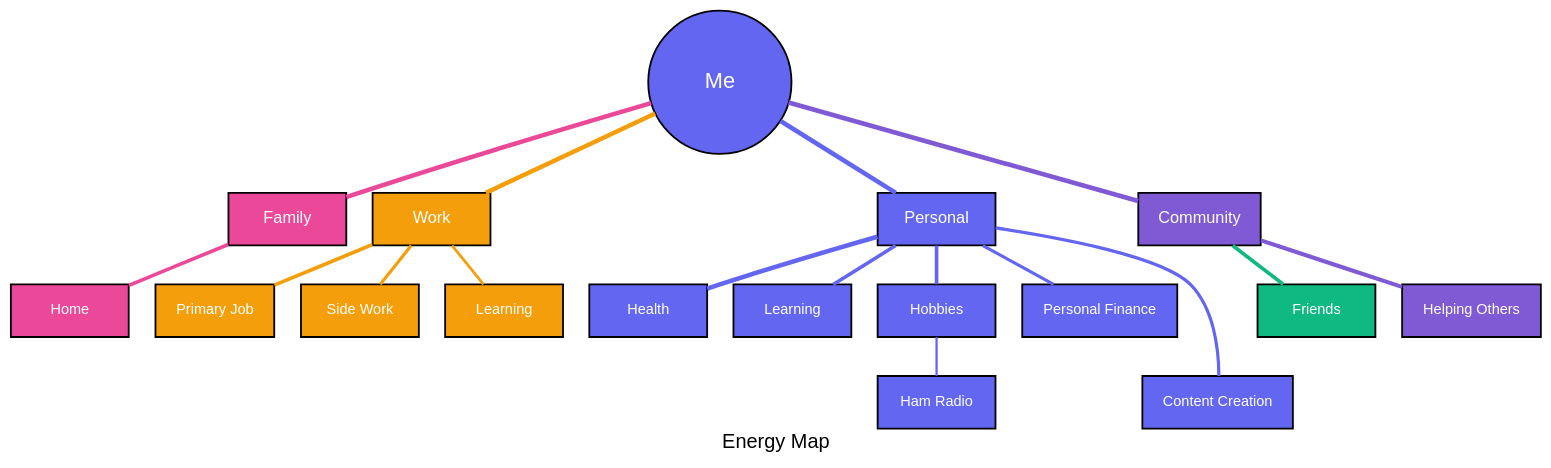
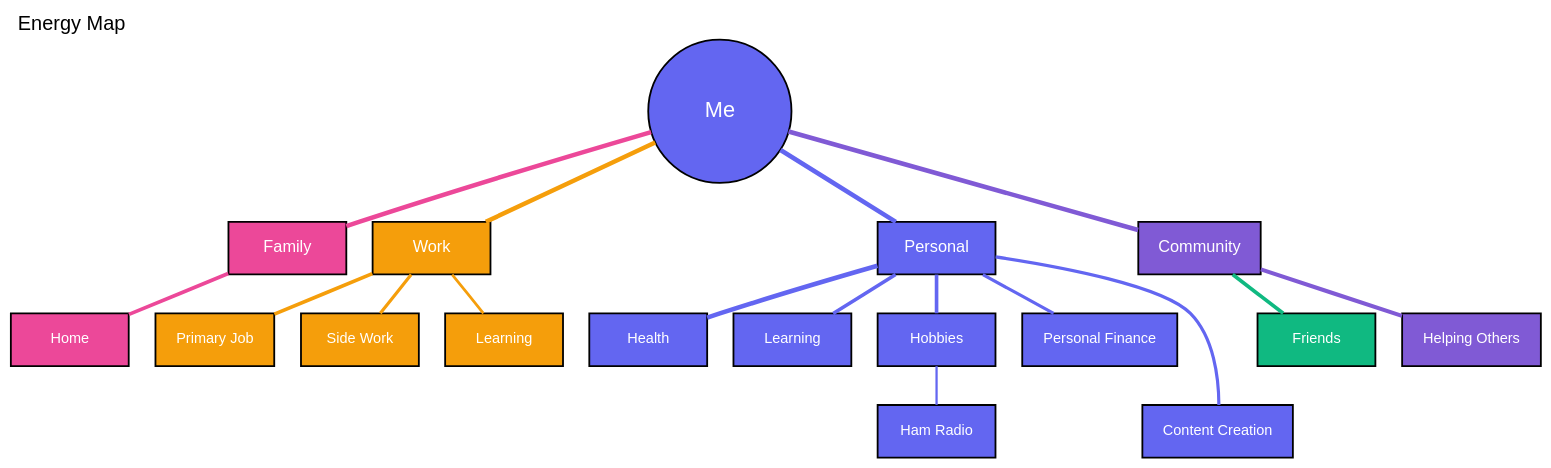
The diagram in input.dot (thejasonkendall/energy-map), drawn with Graphviz before and after one commit. The commit also changed 1 other file, not shown here.

```diff
--- a/input.dot
+++ b/input.dot
@@ -1,92 +1,92 @@
 digraph EnergyMap {
     // Basic settings
-    graph [fontname="Arial", fontsize=22, label="Energy Map", splines=true, nodesep=0.4, ranksep=0.6];
+    graph [fontname="Arial", fontsize=22, fontcolor="black", label="Energy Map", labelloc=tl, labeljust=l, splines=true, nodesep=0.4, ranksep=0.6];
     node [fontname="Arial", style="filled", shape="box", fontcolor="white", fontsize=16, margin="0.3,0.2", height=0.8, width=1.8, penwidth=2];
     edge [penwidth=3, arrowhead=none];
     
     // Main node
     Me [fillcolor="#6366F1", shape="circle", width=2.2, height=2.2, label="Me", fontsize=24];
     
     // Family section
     Family [fillcolor="#EC4899", fontsize=18, label="Family"];
     Home [fillcolor="#EC4899", label="Home"];
     
     // Work section
     Work [fillcolor="#F59E0B", fontsize=18, label="Work"];
     PrimaryJob [fillcolor="#F59E0B", label="Primary Job"];
     SideWork [fillcolor="#F59E0B", label="Side Work"];
     WorkLearning [fillcolor="#F59E0B", label="Learning"];
     
     // Personal section
     Personal [fillcolor="#6366F1", fontsize=18, label="Personal"];
     Health [fillcolor="#6366F1", label="Health"];
     Learning [fillcolor="#6366F1", label="Learning"];
     Hobbies [fillcolor="#6366F1", label="Hobbies"];
     Finance [fillcolor="#6366F1", label="Personal Finance"];
     ContentCreation [fillcolor="#6366F1", label="Content Creation"];
     HamRadio [fillcolor="#6366F1", label="Ham Radio"];
     
     // Community section
     Community [fillcolor="#805AD5", fontsize=18, label="Community"];
     Friends [fillcolor="#10B981", label="Friends"];
     Helping [fillcolor="#805AD5", label="Helping Others"];
     
     // Create the structured layout with 3 rows
     {rank=same; Me}
     {rank=same; Family; Work}
     {rank=same; Personal; Community}
     {rank=same; Home; PrimaryJob}
     {rank=same; Health; Friends}
     {rank=same; SideWork; Learning}
     {rank=same; WorkLearning; Hobbies}
     {rank=same; Finance; Helping}
     {rank=same; ContentCreation; HamRadio}
     
     // Connect Me directly to main categories
     Me -> Family [color="#EC4899", penwidth=5];
     Me -> Work [color="#F59E0B", penwidth=5];
     Me -> Personal [color="#6366F1", penwidth=5];
     Me -> Community [color="#805AD5", penwidth=5];
     
     // Family connections
     Family -> Home [color="#EC4899", penwidth=4];
     
     // Work connections
     Work -> PrimaryJob [color="#F59E0B", penwidth=4];
     Work -> SideWork [color="#F59E0B", penwidth=3.5];
     Work -> WorkLearning [color="#F59E0B", penwidth=3];
     
     // Personal connections
     Personal -> Health [color="#6366F1", penwidth=5];
     Personal -> Learning [color="#6366F1", penwidth=4];
     Personal -> Hobbies [color="#6366F1", penwidth=4];
     Personal -> Finance [color="#6366F1", penwidth=3.5];
     Personal -> ContentCreation [color="#6366F1", penwidth=3.5];
     Hobbies -> HamRadio [color="#6366F1", penwidth=2.5];
     
     // Community connections
     Community -> Friends [color="#10B981", penwidth=4];
     Community -> Helping [color="#805AD5", penwidth=4.5];
     
     // Force layout for main categories
     Family -> Work [style=invis];
     Personal -> Community [style=invis];
     
     // Use subgraphs to force organization into columns
     subgraph cluster_left {
         label="";
         color=white;
         Family; Home;
         Personal; Health; Learning; Hobbies; Finance; ContentCreation; HamRadio;
     }
     
     subgraph cluster_right {
         label="";
         color=white;
         Work; PrimaryJob; SideWork; WorkLearning;
         Community; Friends; Helping;
     }
     
     // Enforce top-down flow in the graph
     edge [constraint=true];
 }
```
